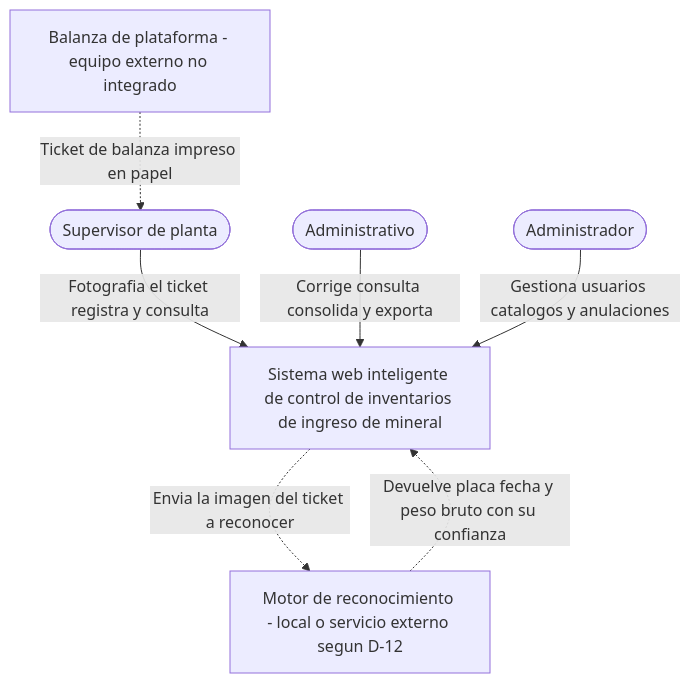
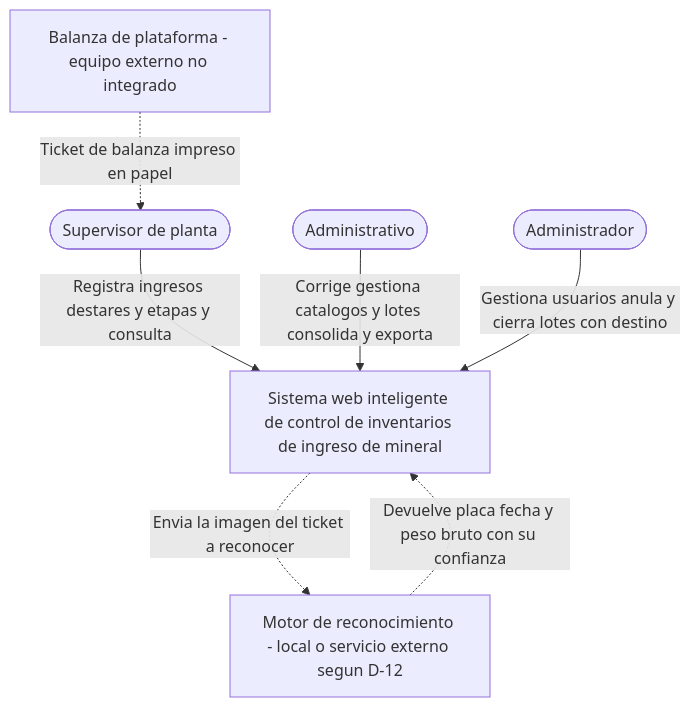
One commit to adlerOmonte1/LogisticaMinera changed the first of 7 diagrams in docs/model-c4/ARQ-03_Modelo_C4.md. Above: the diagram before and after it, drawn with Mermaid. The commit also changed other lines of this file and 2 other files, not shown here.

````diff
--- a/docs/model-c4/ARQ-03_Modelo_C4.md
+++ b/docs/model-c4/ARQ-03_Modelo_C4.md
@@ -34,19 +34,19 @@
 ```mermaid
 flowchart TB
     ADM(["Administrador"])
     ADV(["Administrativo"])
     SUP(["Supervisor de planta"])
 
     SIS["Sistema web inteligente de control de inventarios de ingreso de mineral"]
 
     BAL["Balanza de plataforma - equipo externo no integrado"]
     MOT["Motor de reconocimiento - local o servicio externo segun D-12"]
 
-    SUP -->|Fotografia el ticket registra y consulta| SIS
-    ADV -->|Corrige consulta consolida y exporta| SIS
-    ADM -->|Gestiona usuarios catalogos y anulaciones| SIS
+    SUP -->|Registra ingresos destares y etapas y consulta| SIS
+    ADV -->|Corrige gestiona catalogos y lotes consolida y exporta| SIS
+    ADM -->|Gestiona usuarios anula y cierra lotes con destino| SIS
 
     BAL -.->|Ticket de balanza impreso en papel| SUP
     SIS -.->|Envia la imagen del ticket a reconocer| MOT
     MOT -.->|Devuelve placa fecha y peso bruto con su confianza| SIS
 ```
````
